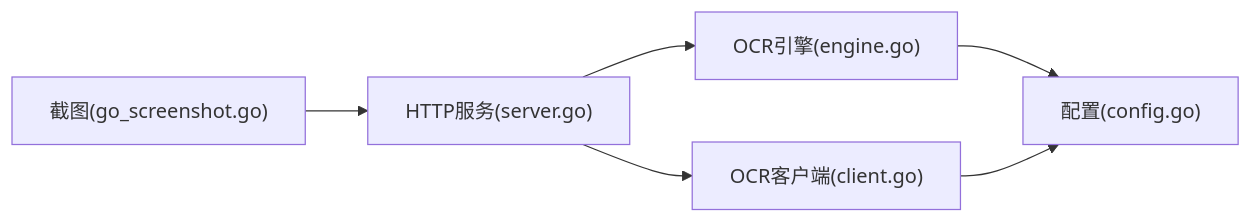
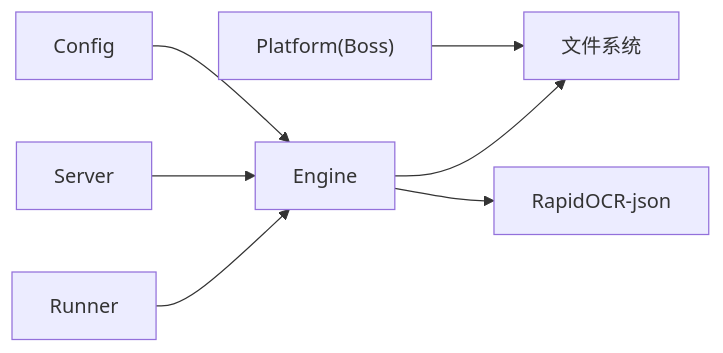
Before and after one commit to alvinwangzi/goodhr: the seventh of 7 diagrams in .qoder/repowiki/zh/content/本地执行器/AI集成/OCR识别引擎.md, drawn with Mermaid. The commit also changed other lines of this file and 149 other files, not shown here.

````diff
--- a/.qoder/repowiki/zh/content/本地执行器/AI集成/OCR识别引擎.md
+++ b/.qoder/repowiki/zh/content/本地执行器/AI集成/OCR识别引擎.md
@@ -196,8 +271,9 @@
 ```mermaid
 graph LR
-Server["HTTP服务(server.go)"] --> Engine["OCR引擎(engine.go)"]
-Server --> Client["OCR客户端(client.go)"]
-Engine --> Config["配置(config.go)"]
-Client --> Config
-Screenshot["截图(go_screenshot.go)"] --> Server
+Config["Config"] --> Engine["Engine"]
+Server["Server"] --> Engine
+Runner["Runner"] --> Engine
+Platform["Platform(Boss)"] --> FS["文件系统"]
+Engine --> FS
+Engine --> RapidOCR["RapidOCR-json"]
 ```
````
